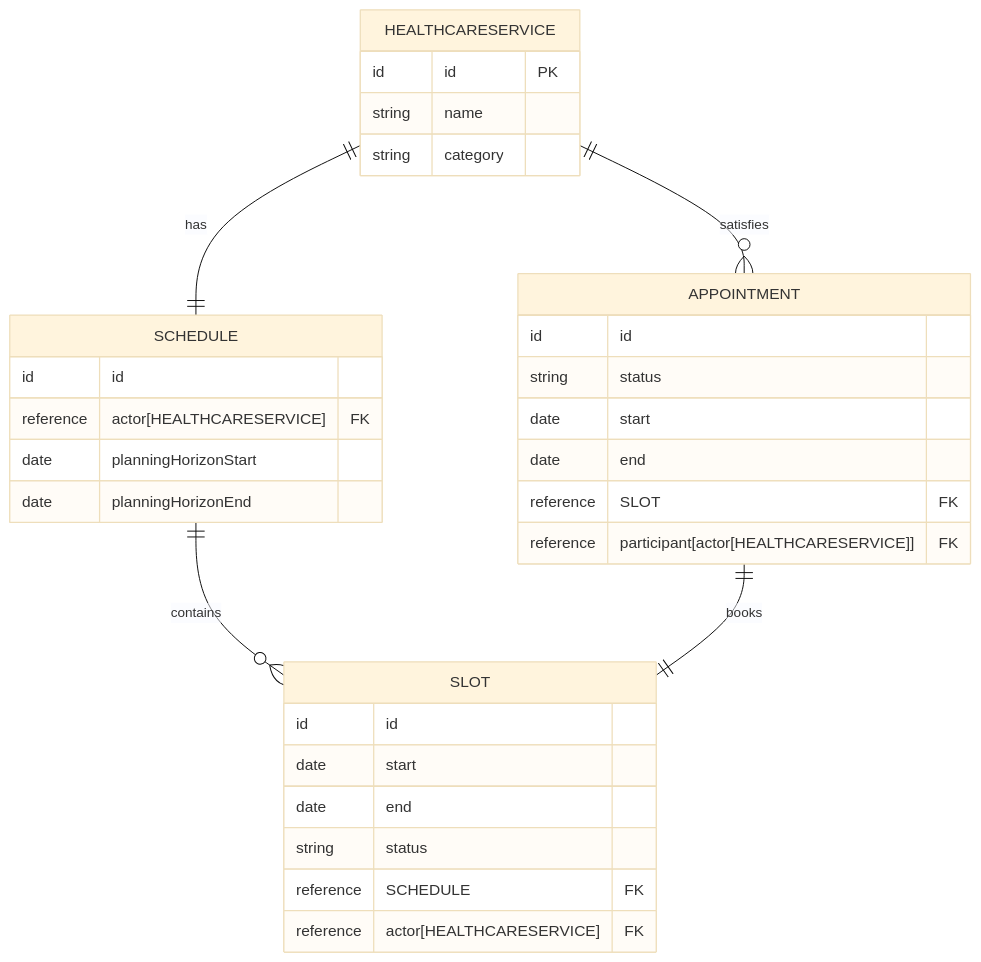
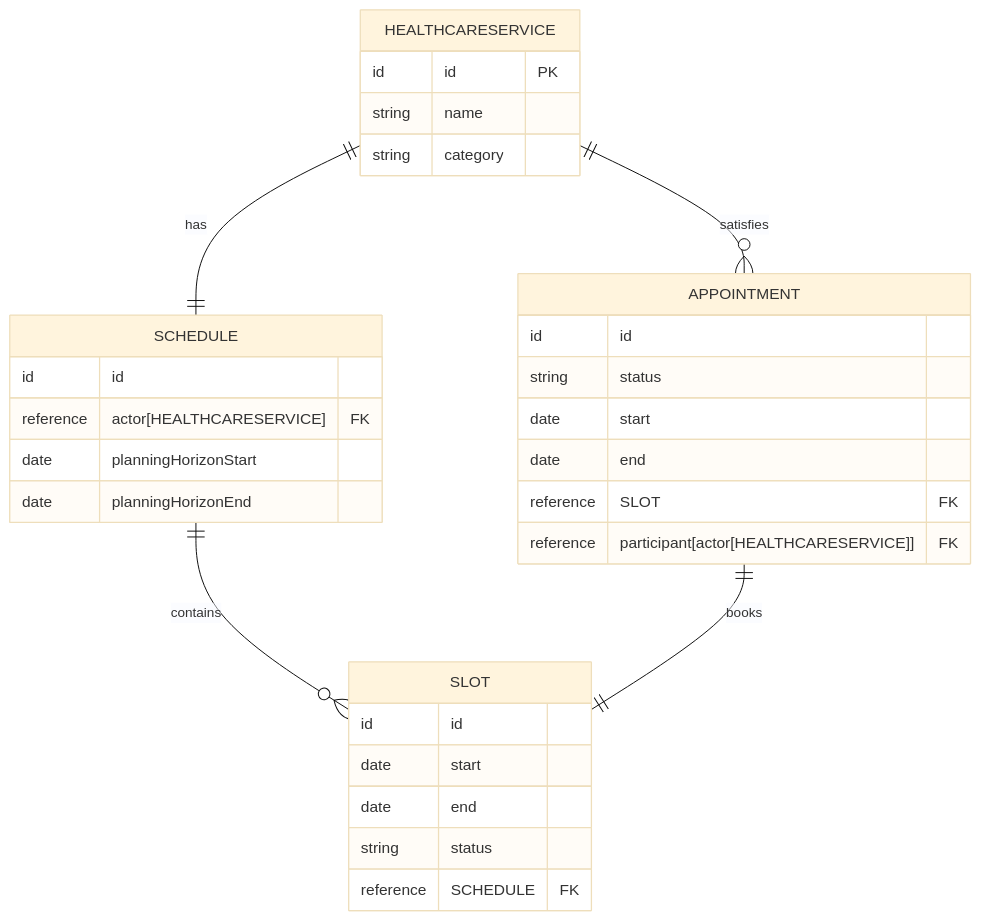
Before and after one commit to hs14m2b/tapocs: the diagram in barsvaccs/docs/apptRelationships.mmd, drawn with Mermaid (base theme). The commit also changed 12 other files, not shown here.

```diff
--- a/barsvaccs/docs/apptRelationships.mmd
+++ b/barsvaccs/docs/apptRelationships.mmd
@@ -1,34 +1,33 @@
 erDiagram
     HEALTHCARESERVICE ||--|| SCHEDULE : "has"
     SCHEDULE ||--o{ SLOT : "contains"
     APPOINTMENT ||--|| SLOT : "books"
     HEALTHCARESERVICE ||--o{ APPOINTMENT : "satisfies"
     
 
     HEALTHCARESERVICE {
         id id PK
         string name
         string category
     }
     SCHEDULE {
         id id
         reference actor[HEALTHCARESERVICE] FK
         date planningHorizonStart
         date planningHorizonEnd
     }
     SLOT {
         id id
         date start
         date end
         string status
         reference SCHEDULE FK
-        reference actor[HEALTHCARESERVICE] FK
     }
     APPOINTMENT {
         id id
         string status
         date start
         date end
         reference SLOT FK
         reference participant[actor[HEALTHCARESERVICE]] FK
     }
```
